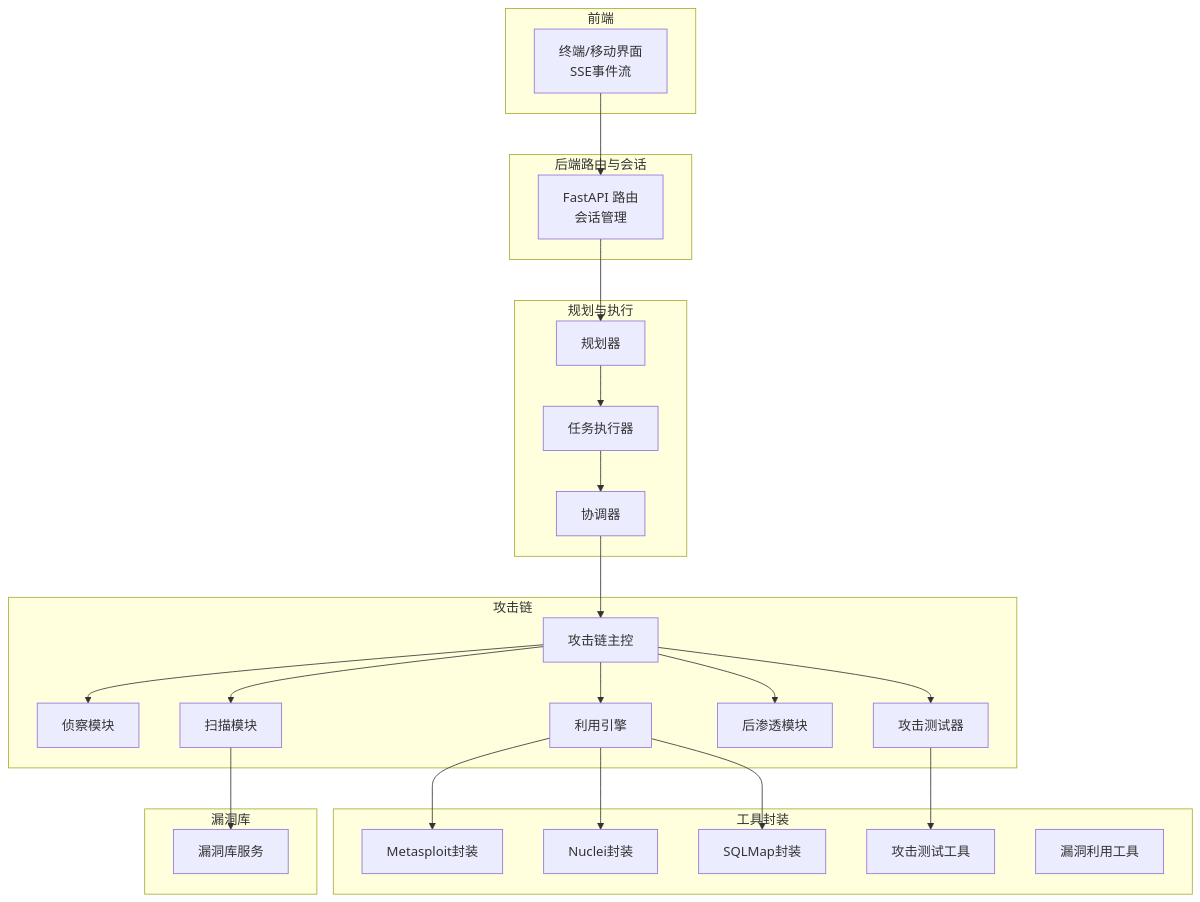
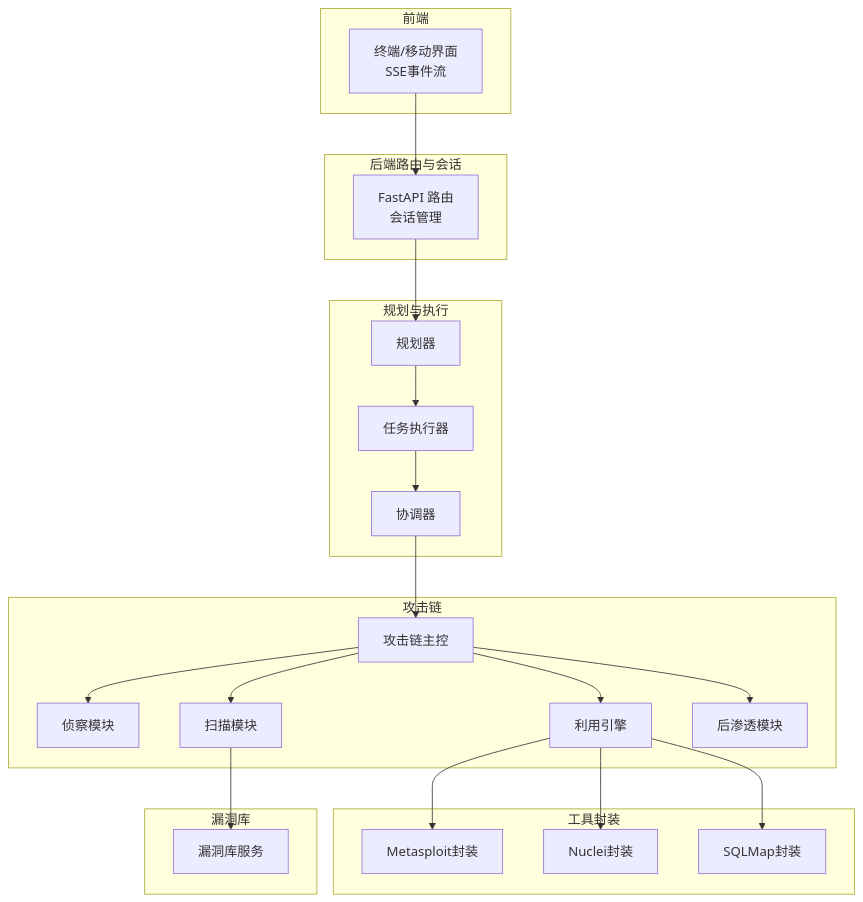
Before and after one commit to iammm0/secbot: the first of 9 diagrams in .qoder/repowiki/zh/content/项目概述/核心功能特性/自动化渗透测试能力/自动化渗透测试能力.md, drawn with Mermaid. The commit also changed other lines of this file and 47 other files, not shown here.

````diff
--- a/.qoder/repowiki/zh/content/项目概述/核心功能特性/自动化渗透测试能力/自动化渗透测试能力.md
+++ b/.qoder/repowiki/zh/content/项目概述/核心功能特性/自动化渗透测试能力/自动化渗透测试能力.md
@@ -59,47 +50,42 @@
 ```mermaid
 graph TB
 subgraph "前端"
 UI["终端/移动界面<br/>SSE事件流"]
 end
 subgraph "后端路由与会话"
 ROUTER["FastAPI 路由<br/>会话管理"]
 end
 subgraph "规划与执行"
 PLANNER["规划器"]
 EXECUTOR["任务执行器"]
 COORD["协调器"]
 end
 subgraph "攻击链"
 AC["攻击链主控"]
 RECON["侦察模块"]
 SCAN["扫描模块"]
 EXPLOIT["利用引擎"]
 POSTEX["后渗透模块"]
-ENDTEST["攻击测试器"]
 end
 subgraph "工具封装"
 MSFW["Metasploit封装"]
 NUCLEI["Nuclei封装"]
 SQLMAP["SQLMap封装"]
-ATTACK["攻击测试工具"]
-EXPLOITTOOL["漏洞利用工具"]
-ENDTEST --> ATTACK
-EXPLOIT --> MSFW
-EXPLOIT --> NUCLEI
-EXPLOIT --> SQLMAP
 end
 subgraph "漏洞库"
 VULNDB["漏洞库服务"]
 end
 UI --> ROUTER
 ROUTER --> PLANNER
 PLANNER --> EXECUTOR
 EXECUTOR --> COORD
 COORD --> AC
 AC --> RECON
 AC --> SCAN
 AC --> EXPLOIT
 AC --> POSTEX
-AC --> ENDTEST
+EXPLOIT --> MSFW
+EXPLOIT --> NUCLEI
+EXPLOIT --> SQLMAP
 SCAN --> VULNDB
 ```
````
